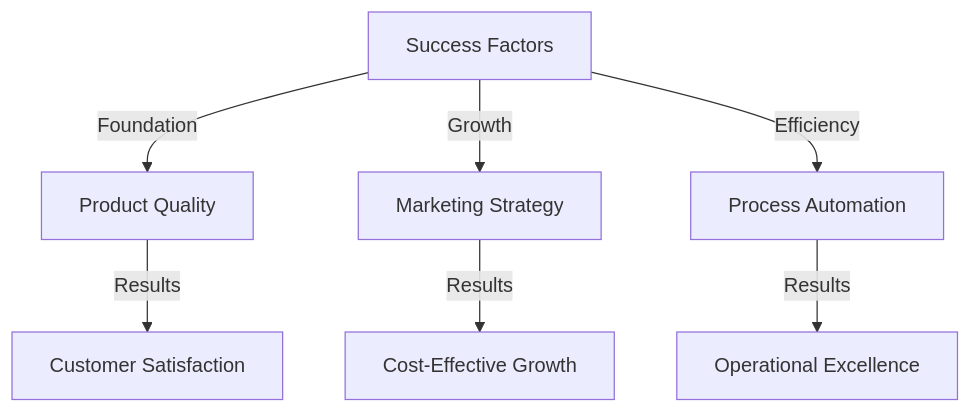
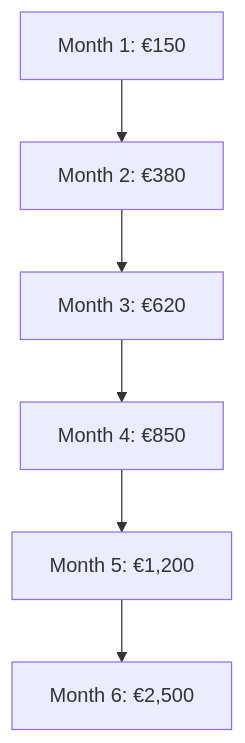
Before and after one commit to pavankakarrot/my-portfolio-website: diagram 13 of 14 in content/projects/shopify/Index.md, drawn with Mermaid. The commit also changed other lines of this file, not shown here.

````diff
--- a/content/projects/shopify/Index.md
+++ b/content/projects/shopify/Index.md
@@ -538,9 +591,8 @@
 ```mermaid
 graph TD
-    A[Success Factors] -->|Foundation| B[Product Quality]
-    A -->|Growth| C[Marketing Strategy]
-    A -->|Efficiency| D[Process Automation]
-    B -->|Results| E[Customer Satisfaction]
-    C -->|Results| F[Cost-Effective Growth]
-    D -->|Results| G[Operational Excellence]
+    A[Month 1: €150] --> B[Month 2: €380]
+    B --> C[Month 3: €620]
+    C --> D[Month 4: €850]
+    D --> E[Month 5: €1,200]
+    E --> F[Month 6: €2,500]
 ```
````
